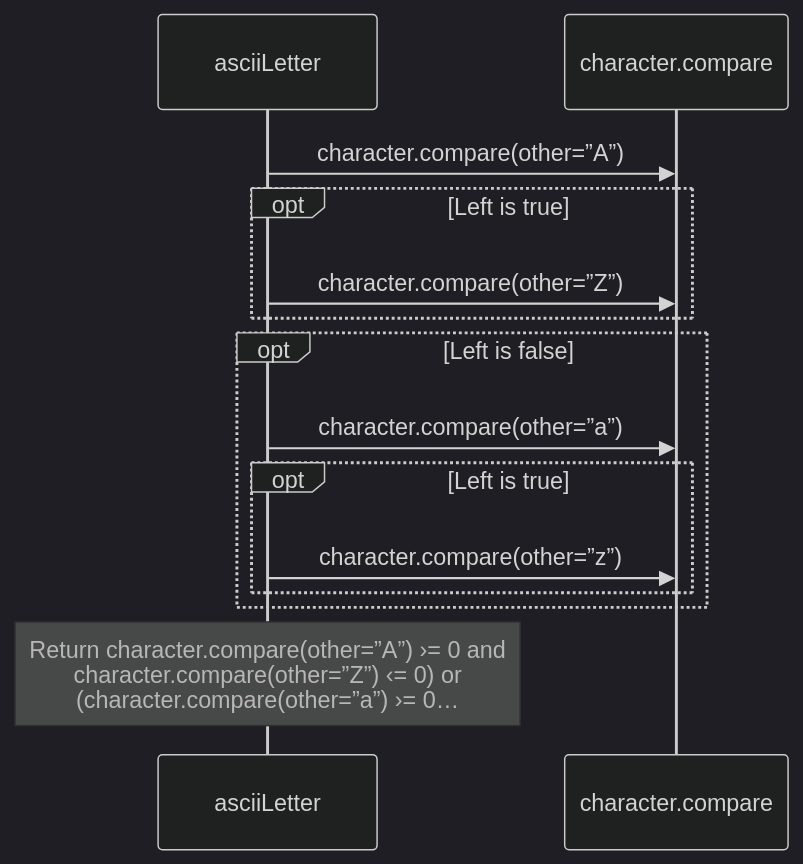
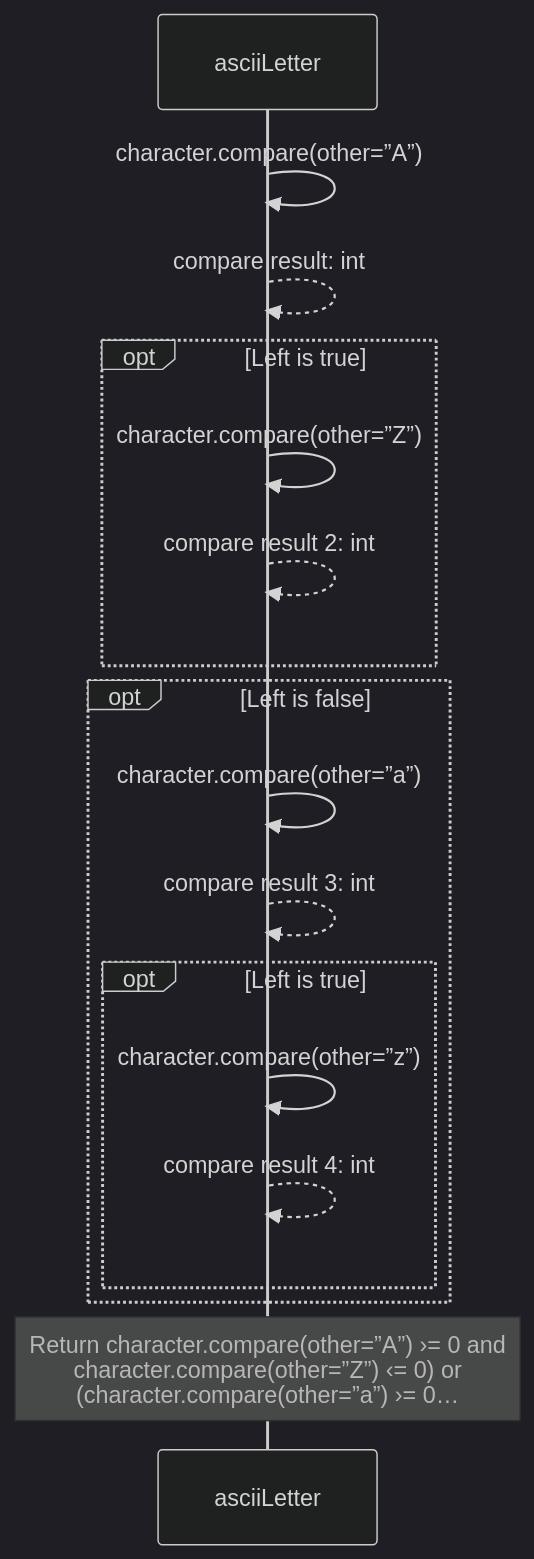
One commit to GreenPandaStudios/augscript changed the third of 4 diagrams in src/stdlib/values/ascii.aug.diagrams.md. Above: the diagram before and after it, drawn with Mermaid (dark theme). The commit also changed other lines of this file and 304 other files, not shown here.

Commit message:
Make generated data-flow sequences concise and review every diagram

````diff
--- a/src/stdlib/values/ascii.aug.diagrams.md
+++ b/src/stdlib/values/ascii.aug.diagrams.md
@@ -72,16 +59,20 @@
 ```mermaid
 sequenceDiagram
     participant p0 as asciiLetter
-    participant p1 as character.compare
-    p0->>p1: character.compare(other=”A”)
+
+    p0->>p0: character.compare(other=”A”)
+    p0-->>p0: compare result: int
     opt Left is true
-    p0->>p1: character.compare(other=”Z”)
+    p0->>p0: character.compare(other=”Z”)
+    p0-->>p0: compare result 2: int
     end
     opt Left is false
-    p0->>p1: character.compare(other=”a”)
+    p0->>p0: character.compare(other=”a”)
+    p0-->>p0: compare result 3: int
     opt Left is true
-    p0->>p1: character.compare(other=”z”)
+    p0->>p0: character.compare(other=”z”)
+    p0-->>p0: compare result 4: int
     end
     end
     Note over p0: Return character.compare(other=”A”) ›= 0 and<br/>character.compare(other=”Z”) ‹= 0) or<br/>(character.compare(other=”a”) ›= 0…
 ```
````
